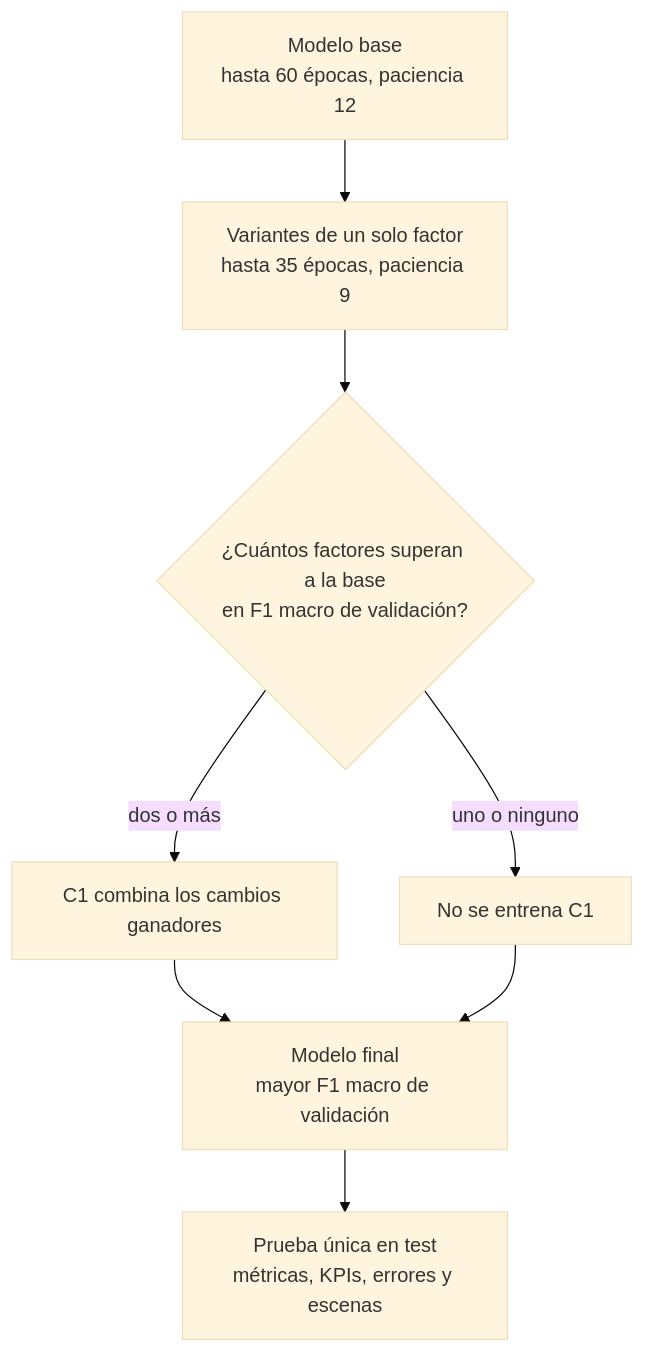
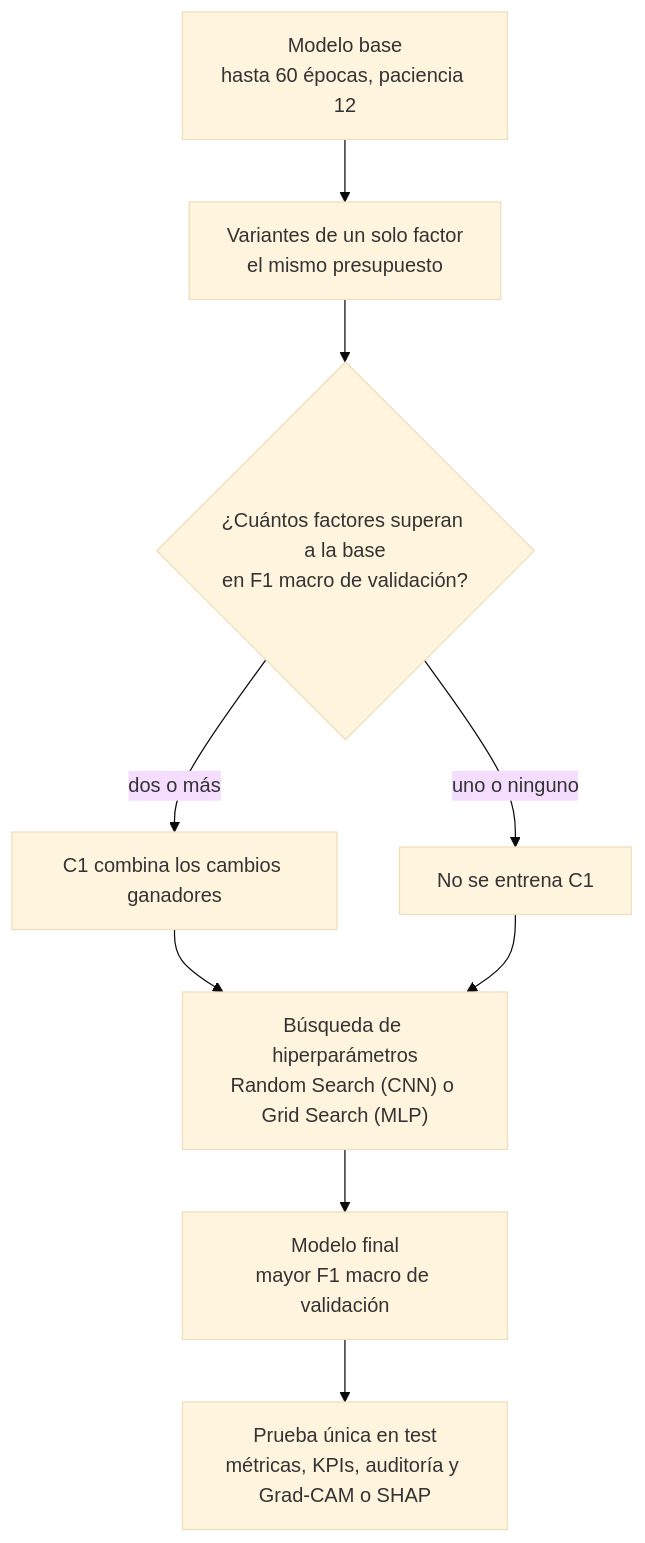
The fifth of 5 diagrams in README.md (ByFlopp/LosSimpsons_DeepLearning), drawn with Mermaid (base theme) before and after one commit. The commit also changed other lines of this file and 103 other files, not shown here.

````diff
--- a/README.md
+++ b/README.md
@@ -134,10 +134,11 @@
 ```mermaid
 flowchart TD
-    A["Modelo base<br/>hasta 60 épocas, paciencia 12"] --> B["Variantes de un solo factor<br/>hasta 35 épocas, paciencia 9"]
+    A["Modelo base<br/>hasta 60 épocas, paciencia 12"] --> B["Variantes de un solo factor<br/>el mismo presupuesto"]
     B --> C{"¿Cuántos factores superan a la base<br/>en F1 macro de validación?"}
     C -->|dos o más| D["C1 combina los cambios ganadores"]
     C -->|uno o ninguno| E["No se entrena C1"]
-    D --> F["Modelo final<br/>mayor F1 macro de validación"]
-    E --> F
-    F --> G["Prueba única en test<br/>métricas, KPIs, errores y escenas"]
+    D --> R["Búsqueda de hiperparámetros<br/>Random Search (CNN) o Grid Search (MLP)"]
+    E --> R
+    R --> F["Modelo final<br/>mayor F1 macro de validación"]
+    F --> G["Prueba única en test<br/>métricas, KPIs, auditoría y Grad-CAM o SHAP"]
 ```
````
